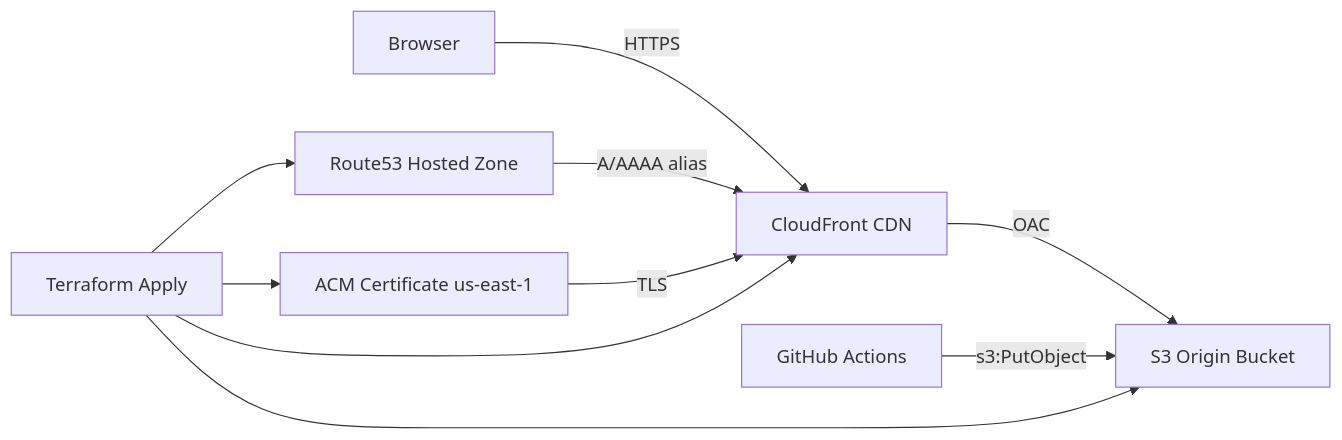
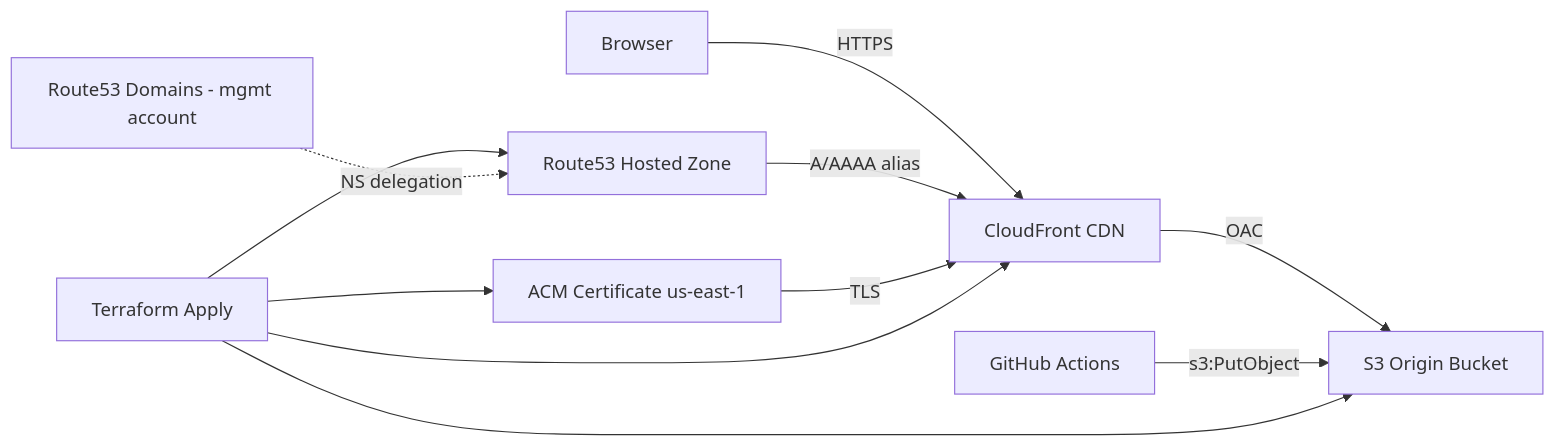
Before and after one commit to ugns/double-j-website: the diagram in docs/INFRASTRUCTURE.md, drawn with Mermaid. The commit also changed other lines of this file, not shown here.

````diff
--- a/docs/INFRASTRUCTURE.md
+++ b/docs/INFRASTRUCTURE.md
@@ -11,12 +30,13 @@
 ```mermaid
 flowchart LR
   User[Browser] -->|HTTPS| CF[CloudFront CDN]
   CF -->|OAC| S3[S3 Origin Bucket]
   R53[Route53 Hosted Zone] -->|A/AAAA alias| CF
   ACM[ACM Certificate us-east-1] -->|TLS| CF
   GHA[GitHub Actions] -->|s3:PutObject| S3
   TF[Terraform Apply] --> CF
   TF --> S3
   TF --> R53
   TF --> ACM
+  MgmtReg[Route53 Domains - mgmt account] -.->|NS delegation| R53
 ```
````
